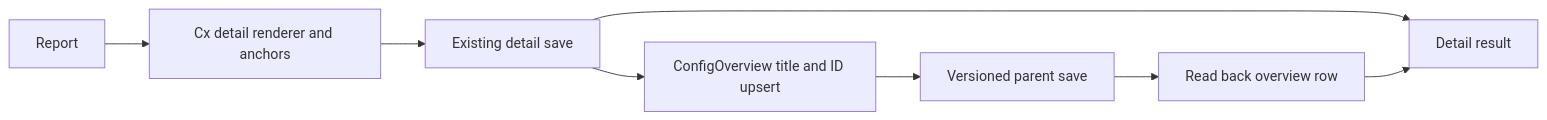
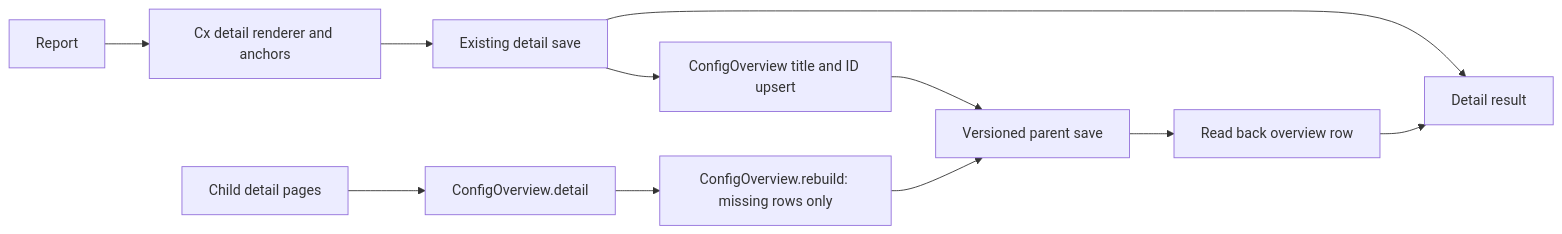
One commit to cfaysal/atlassian-dc-config-deepscan changed the diagram in ARCHITECTURE.md. Above: the diagram before and after it, drawn with Mermaid. The commit also changed other lines of this file and 8 other files, not shown here.

````diff
--- a/ARCHITECTURE.md
+++ b/ARCHITECTURE.md
@@ -11,10 +13,13 @@
 ```mermaid
 flowchart LR
     Report --> Detail[Cx detail renderer and anchors]
     Detail --> Save[Existing detail save]
     Save --> Merge[ConfigOverview title and ID upsert]
     Merge --> Parent[Versioned parent save]
     Parent --> Verify[Read back overview row]
     Save --> Result[Detail result]
     Verify --> Result
+    Children[Child detail pages] --> Parse[ConfigOverview.detail]
+    Parse --> Rebuild[ConfigOverview.rebuild: missing rows only]
+    Rebuild --> Parent
 ```
````
